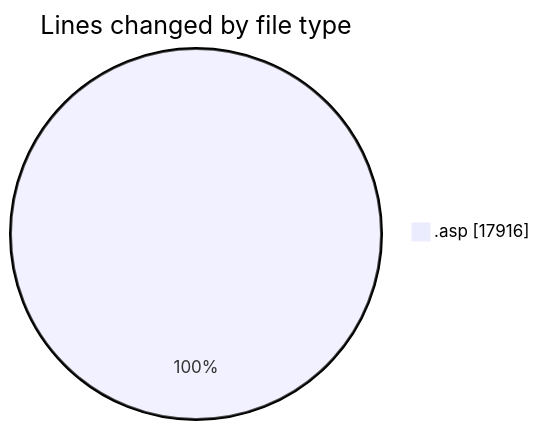
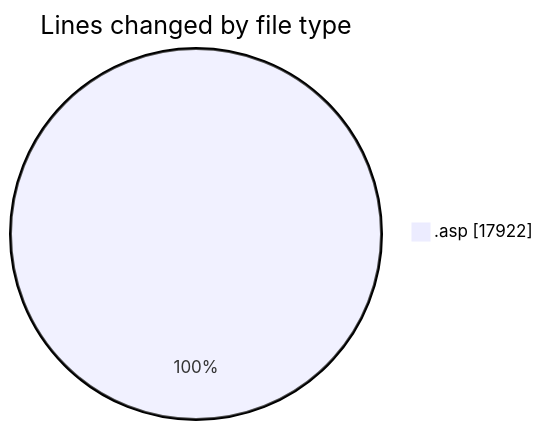
The first of 2 diagrams in 2025-11-01/cdp_aleoudev_fr__workspace_/README.md (julien-gomy/code-tracking), drawn with Mermaid before and after one commit. The commit also changed other lines of this file and 1 other file, not shown here.

````diff
--- a/2025-11-01/cdp_aleoudev_fr__workspace_/README.md
+++ b/2025-11-01/cdp_aleoudev_fr__workspace_/README.md
@@ -25,5 +25,5 @@
 ```mermaid
 pie showData
 title Lines changed by file type
-".asp" : 17916
+".asp" : 17922
 ```
````
